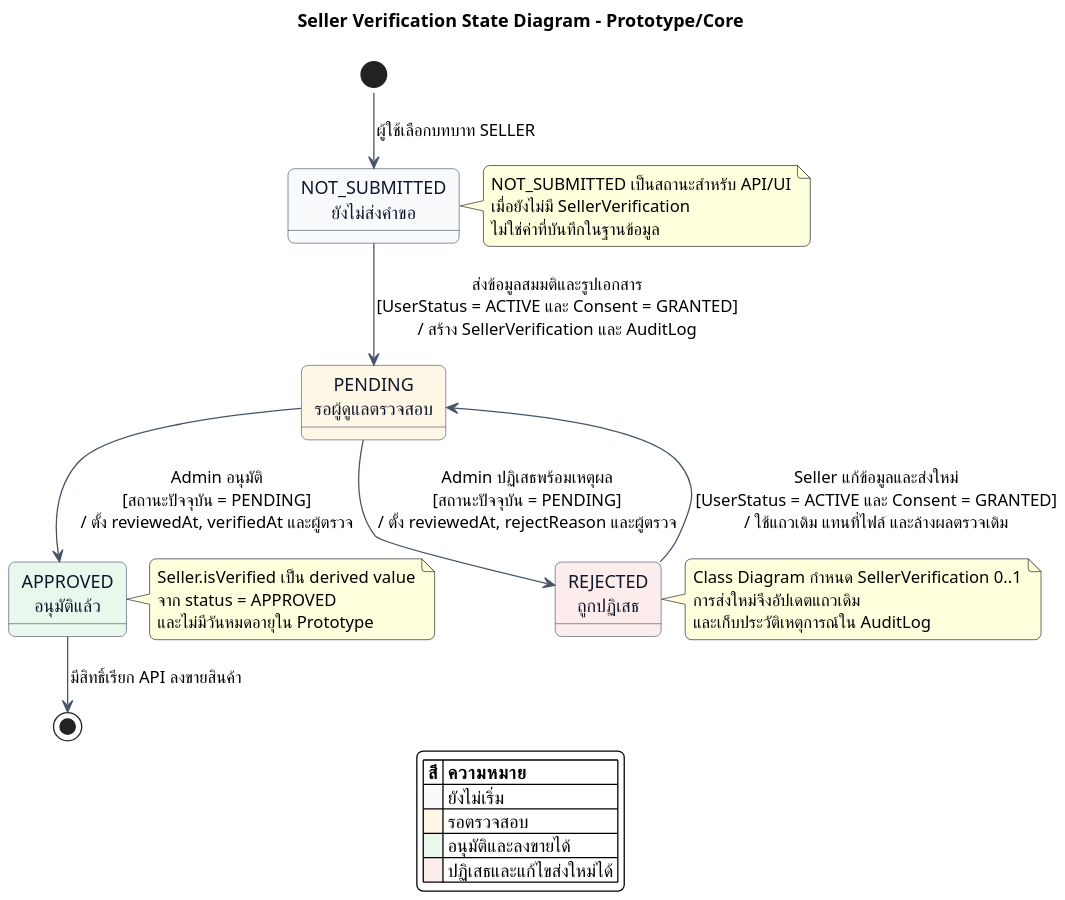
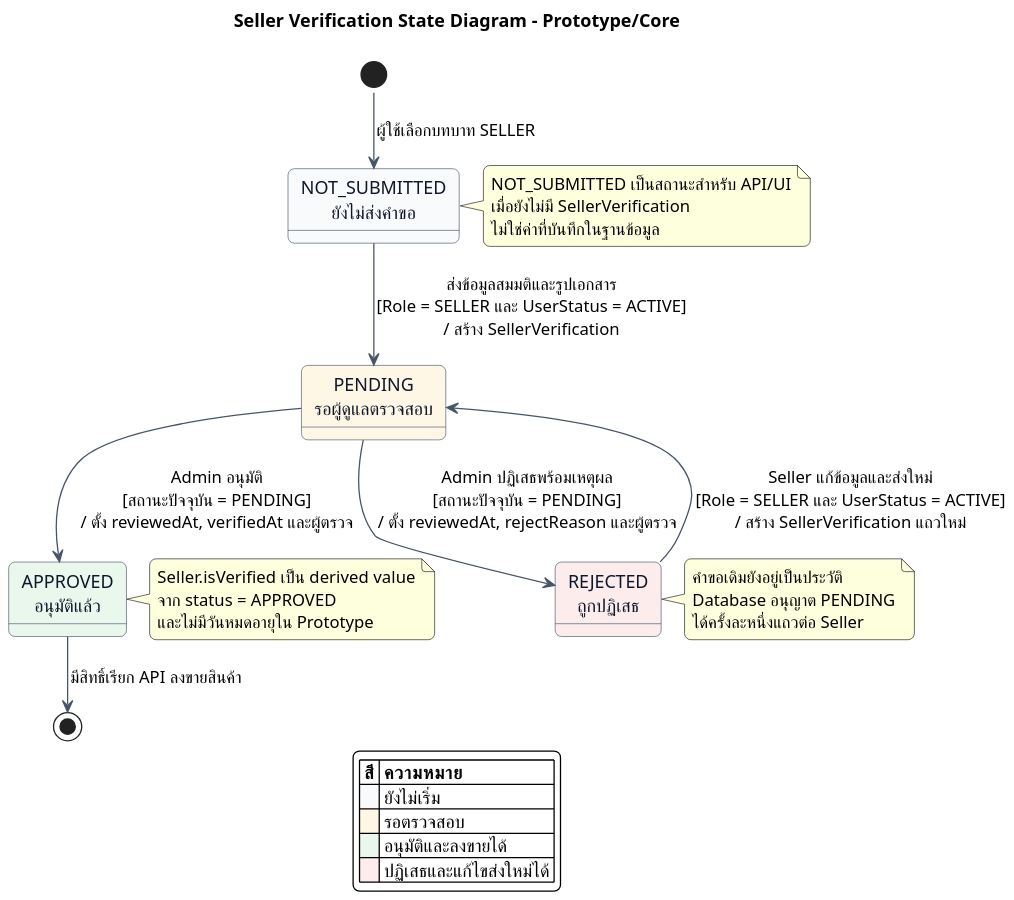
One commit to naithammarak/secondhand-marketplace-android-app changed the diagram in docs/diagrams/seller-verification-state.puml. Above: the diagram before and after it, drawn with PlantUML. The commit also changed 3 other files, not shown here.

Commit message:
docs(verify-00): publish Thai seller verification guide

```diff
--- a/docs/diagrams/seller-verification-state.puml
+++ b/docs/diagrams/seller-verification-state.puml
@@ -1,60 +1,60 @@
 @startuml
 !pragma layout smetana
 title Seller Verification State Diagram - Prototype/Core
 
 skinparam backgroundColor #FFFFFF
 skinparam defaultFontName "Leelawadee UI"
 skinparam dpi 150
 skinparam shadowing false
 skinparam roundcorner 10
 skinparam ArrowColor #475569
 skinparam state {
   BackgroundColor #F8FAFC
   BorderColor #475569
   FontColor #0F172A
 }
 
 state "NOT_SUBMITTED\nยังไม่ส่งคำขอ" as NOT_SUBMITTED
 state "PENDING\nรอผู้ดูแลตรวจสอบ" as PENDING #FFF7E6
 state "APPROVED\nอนุมัติแล้ว" as APPROVED #EAF7ED
 state "REJECTED\nถูกปฏิเสธ" as REJECTED #FDECEC
 
 [*] --> NOT_SUBMITTED : ผู้ใช้เลือกบทบาท SELLER
 
-NOT_SUBMITTED --> PENDING : ส่งข้อมูลสมมติและรูปเอกสาร\n[UserStatus = ACTIVE และ Consent = GRANTED]\n/ สร้าง SellerVerification และ AuditLog
+NOT_SUBMITTED --> PENDING : ส่งข้อมูลสมมติและรูปเอกสาร\n[Role = SELLER และ UserStatus = ACTIVE]\n/ สร้าง SellerVerification
 
 PENDING --> APPROVED : Admin อนุมัติ\n[สถานะปัจจุบัน = PENDING]\n/ ตั้ง reviewedAt, verifiedAt และผู้ตรวจ
 
 PENDING --> REJECTED : Admin ปฏิเสธพร้อมเหตุผล\n[สถานะปัจจุบัน = PENDING]\n/ ตั้ง reviewedAt, rejectReason และผู้ตรวจ
 
-REJECTED --> PENDING : Seller แก้ข้อมูลและส่งใหม่\n[UserStatus = ACTIVE และ Consent = GRANTED]\n/ ใช้แถวเดิม แทนที่ไฟล์ และล้างผลตรวจเดิม
+REJECTED --> PENDING : Seller แก้ข้อมูลและส่งใหม่\n[Role = SELLER และ UserStatus = ACTIVE]\n/ สร้าง SellerVerification แถวใหม่
 
 APPROVED --> [*] : มีสิทธิ์เรียก API ลงขายสินค้า
 
 note right of NOT_SUBMITTED
   NOT_SUBMITTED เป็นสถานะสำหรับ API/UI
   เมื่อยังไม่มี SellerVerification
   ไม่ใช่ค่าที่บันทึกในฐานข้อมูล
 end note
 
 note right of REJECTED
-  Class Diagram กำหนด SellerVerification 0..1
-  การส่งใหม่จึงอัปเดตแถวเดิม
-  และเก็บประวัติเหตุการณ์ใน AuditLog
+  คำขอเดิมยังอยู่เป็นประวัติ
+  Database อนุญาต PENDING
+  ได้ครั้งละหนึ่งแถวต่อ Seller
 end note
 
 note right of APPROVED
   Seller.isVerified เป็น derived value
   จาก status = APPROVED
   และไม่มีวันหมดอายุใน Prototype
 end note
 
 legend bottom
   |= สี |= ความหมาย |
   |<#F8FAFC> | ยังไม่เริ่ม |
   |<#FFF7E6> | รอตรวจสอบ |
   |<#EAF7ED> | อนุมัติและลงขายได้ |
   |<#FDECEC> | ปฏิเสธและแก้ไขส่งใหม่ได้ |
 endlegend
 
 @enduml
```
